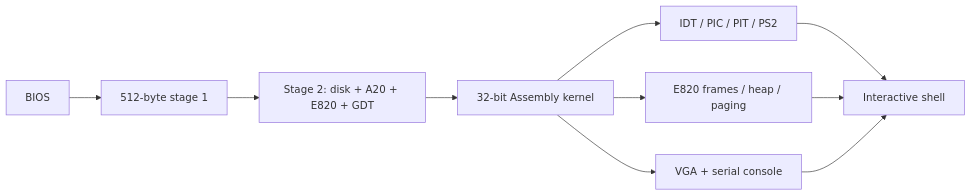
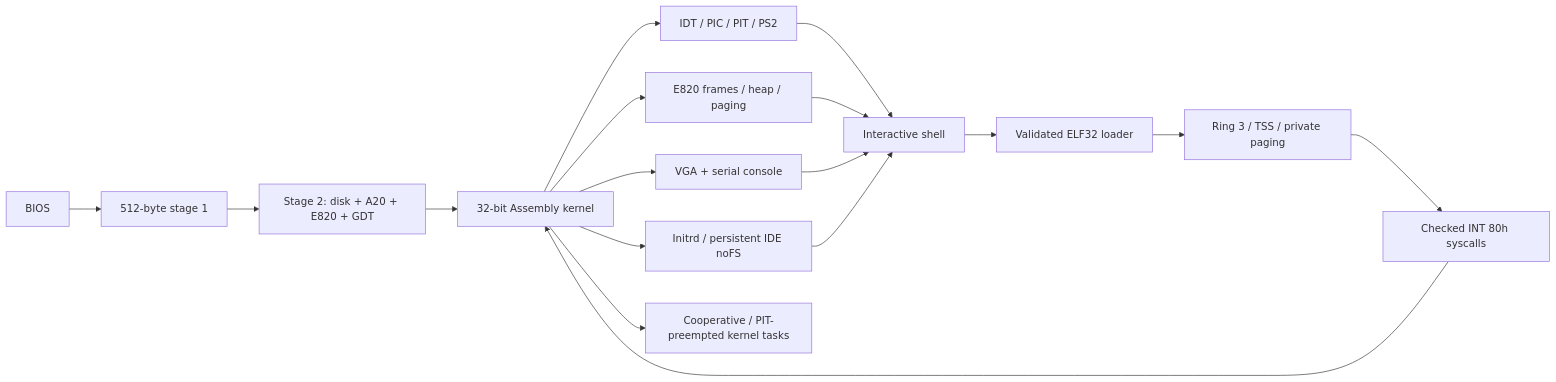
The diagram in README.md (OthmaneBlial/noOS), drawn with Mermaid before and after one commit. The commit also changed 4 other files, not shown here.

Commit message:
docs(site): publish the verified advanced kernel and complete v0.1 roadmap

````diff
--- a/README.md
+++ b/README.md
@@ -120,12 +120,19 @@
 ```mermaid
 flowchart LR
     BIOS[BIOS] --> S1[512-byte stage 1]
     S1 --> S2[Stage 2: disk + A20 + E820 + GDT]
     S2 --> K[32-bit Assembly kernel]
     K --> IRQ[IDT / PIC / PIT / PS2]
     K --> MEM[E820 frames / heap / paging]
     K --> UI[VGA + serial console]
     IRQ --> SH[Interactive shell]
     MEM --> SH
     UI --> SH
+    K --> FS[Initrd / persistent IDE noFS]
+    FS --> SH
+    K --> TASK[Cooperative / PIT-preempted kernel tasks]
+    SH --> ELF[Validated ELF32 loader]
+    ELF --> USER[Ring 3 / TSS / private paging]
+    USER --> SYS[Checked INT 80h syscalls]
+    SYS --> K
 ```
````
